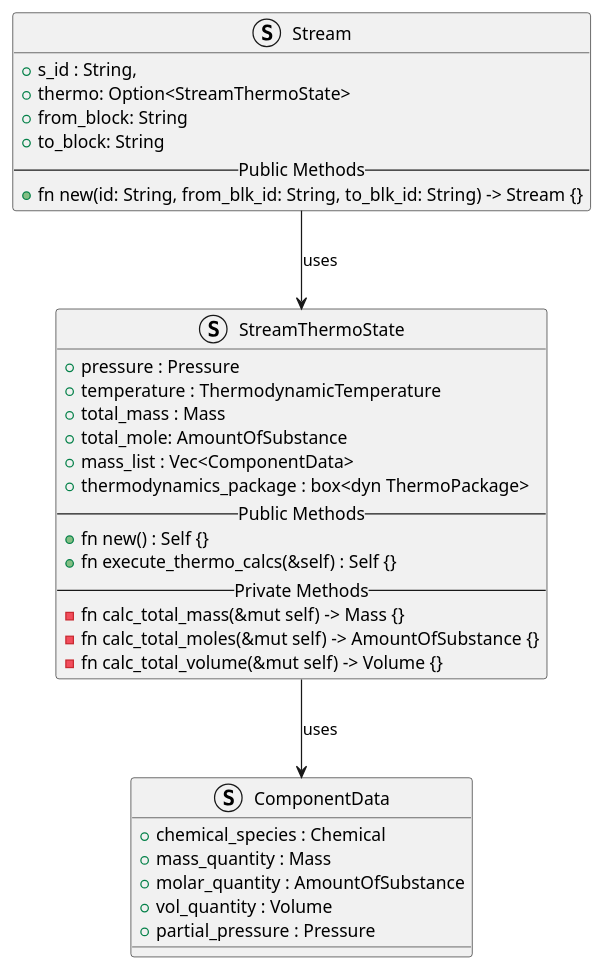
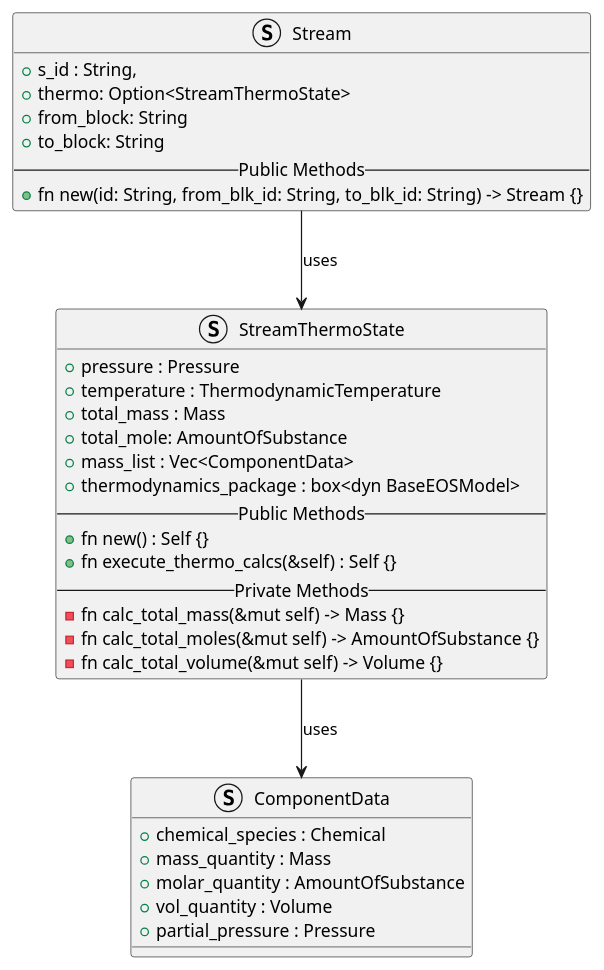
The diagram in stream-module/connector-module.puml (OSCPS-Project/OSCPS-UML), drawn with PlantUML before and after one commit. The commit also changed 12 other files, not shown here.

```diff
--- a/stream-module/connector-module.puml
+++ b/stream-module/connector-module.puml
@@ -1,40 +1,40 @@
 @startuml connector_module_class_diagram
 
 
 Struct Stream {
  + s_id : String,
  + thermo: Option<StreamThermoState>
  + from_block: String
  + to_block: String
  --Public Methods--
  + fn new(id: String, from_blk_id: String, to_blk_id: String) -> Stream {}
 }
 
 Struct StreamThermoState {
   + pressure : Pressure
   + temperature : ThermodynamicTemperature
   + total_mass : Mass
   + total_mole: AmountOfSubstance
   + mass_list : Vec<ComponentData>
-  + thermodynamics_package : box<dyn ThermoPackage>
+  + thermodynamics_package : box<dyn BaseEOSModel>
   --Public Methods--
   + fn new() : Self {}
   + fn execute_thermo_calcs(&self) : Self {}
   --Private Methods--
   - fn calc_total_mass(&mut self) -> Mass {}
   - fn calc_total_moles(&mut self) -> AmountOfSubstance {}
   - fn calc_total_volume(&mut self) -> Volume {}
 }
 
 Struct ComponentData {
   + chemical_species : Chemical
   + mass_quantity : Mass
   + molar_quantity : AmountOfSubstance
   + vol_quantity : Volume
   + partial_pressure : Pressure
 }
 
 StreamThermoState --> ComponentData :uses
 Stream --> StreamThermoState :uses
 
 @enduml
```
